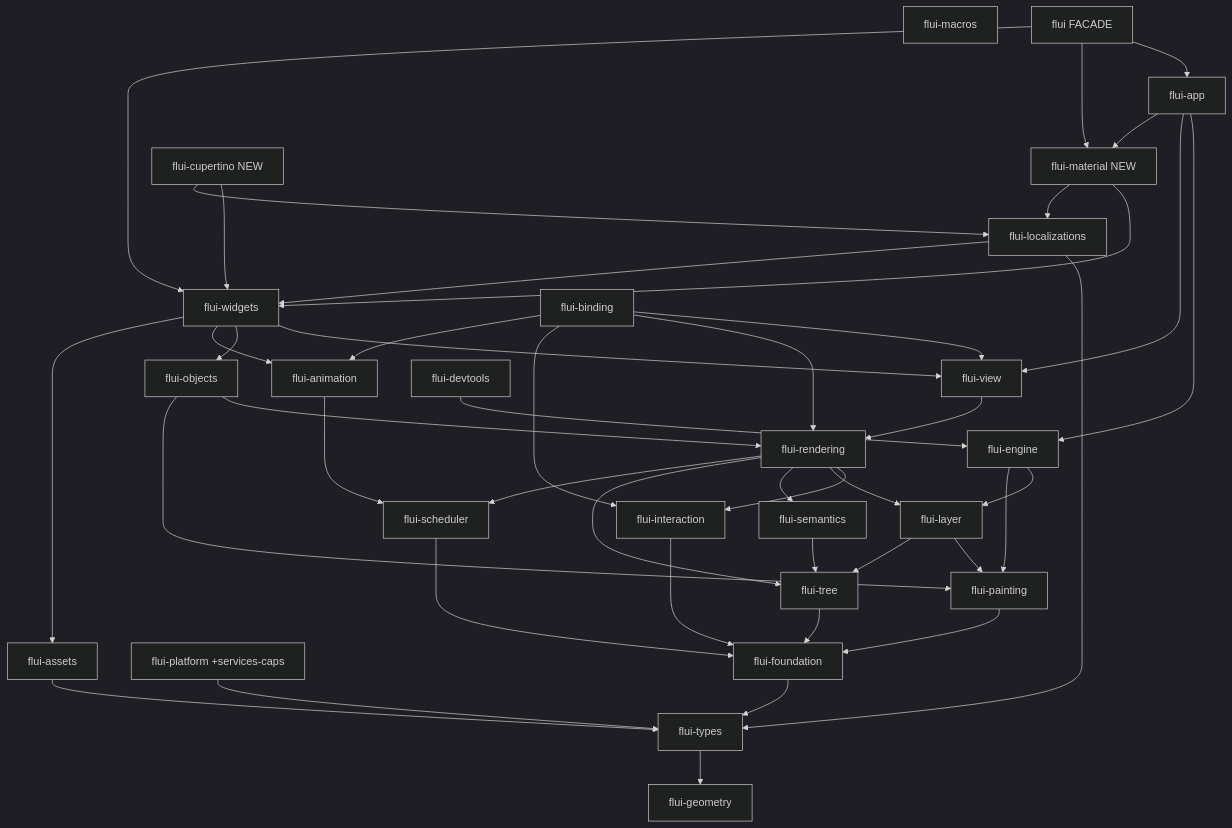
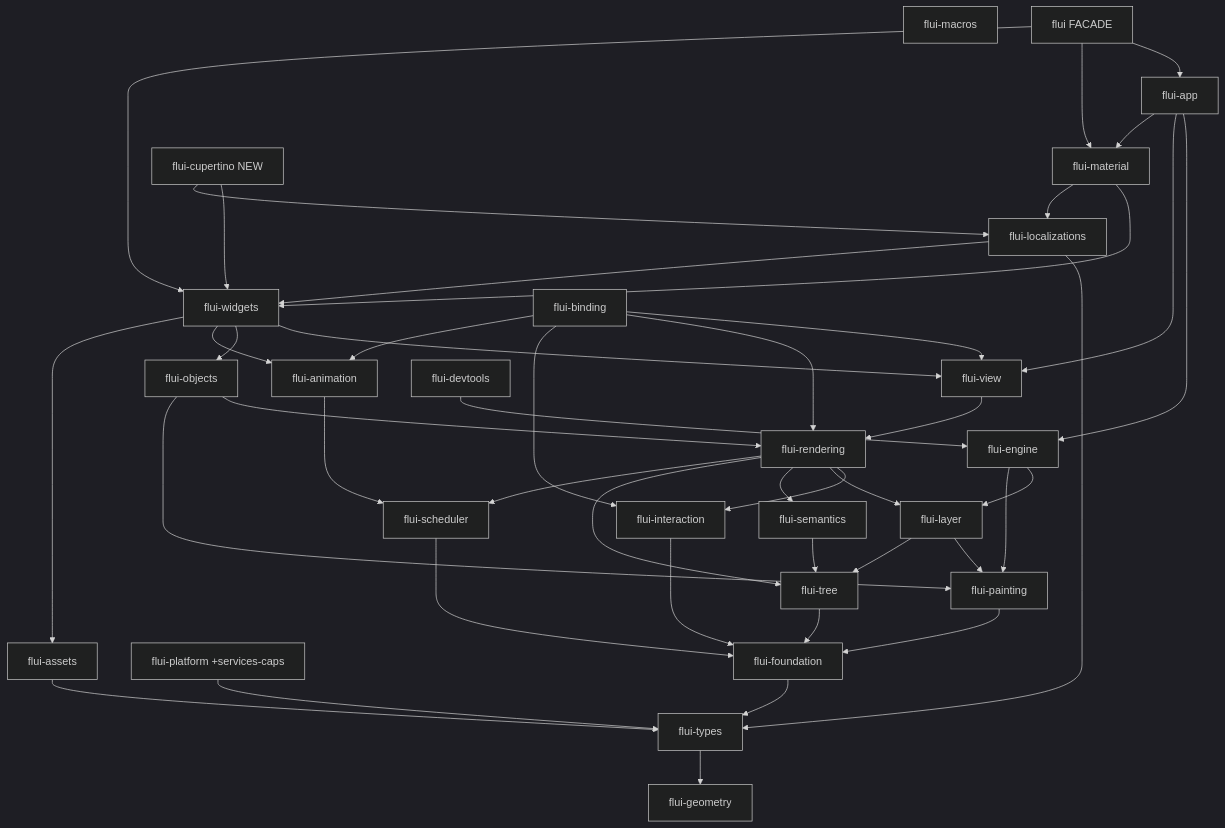
The diagram in docs/FOUNDATIONS.md (vanyastaff/flui), drawn with Mermaid (dark theme) before and after one commit. The commit also changed other lines of this file and 15 other files, not shown here.

First line of the commit message:
feat(material): add flui-material crate with the M3 ColorScheme

````diff
--- a/docs/FOUNDATIONS.md
+++ b/docs/FOUNDATIONS.md
@@ -159,72 +159,72 @@
 ```mermaid
 graph TD
     geometry[flui-geometry]
     types[flui-types]
     foundation[flui-foundation]
     macros[flui-macros]
     tree[flui-tree]
     platform[flui-platform +services-caps]
     scheduler[flui-scheduler]
     painting[flui-painting]
     interaction[flui-interaction]
     assets[flui-assets]
     semantics[flui-semantics]
     layer[flui-layer]
     animation[flui-animation]
     engine[flui-engine]
     rendering[flui-rendering]
     objects[flui-objects]
     view[flui-view]
     devtools[flui-devtools]
     widgets[flui-widgets]
     binding[flui-binding]
     l10n[flui-localizations]
-    material[flui-material NEW]
+    material[flui-material]
     cupertino[flui-cupertino NEW]
     app[flui-app]
     facade[flui FACADE]
 
     types --> geometry
     foundation --> types
     tree --> foundation
     platform --> types
     scheduler --> foundation
     painting --> foundation
     interaction --> foundation
     assets --> types
     semantics --> tree
     layer --> painting
     layer --> tree
     animation --> scheduler
     engine --> layer
     engine --> painting
     rendering --> interaction
     rendering --> layer
     rendering --> semantics
     rendering --> tree
     rendering --> scheduler
     objects --> rendering
     objects --> painting
     view --> rendering
     devtools --> engine
     widgets --> view
     widgets --> objects
     widgets --> animation
     widgets --> assets
     binding --> view
     binding --> rendering
     binding --> interaction
     binding --> animation
     l10n --> types
     l10n --> widgets
     material --> widgets
     material --> l10n
     cupertino --> widgets
     cupertino --> l10n
     app --> engine
     app --> view
     app --> material
     facade --> app
     facade --> material
     facade --> widgets
 ```
````
